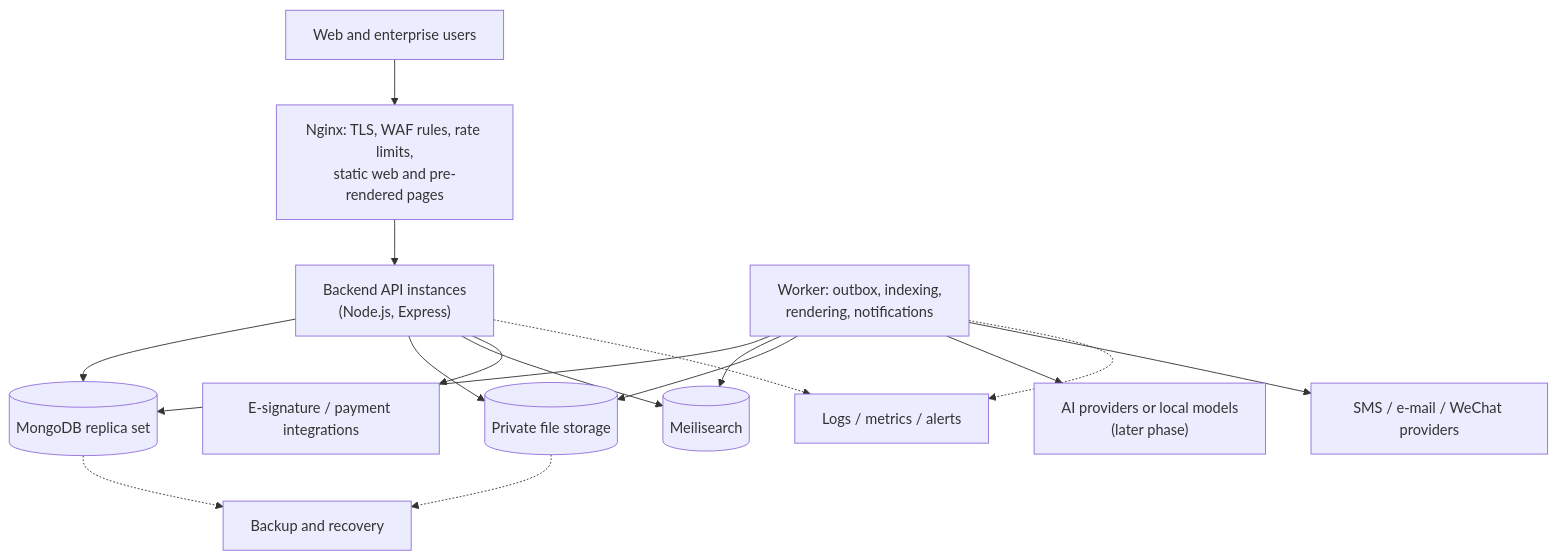
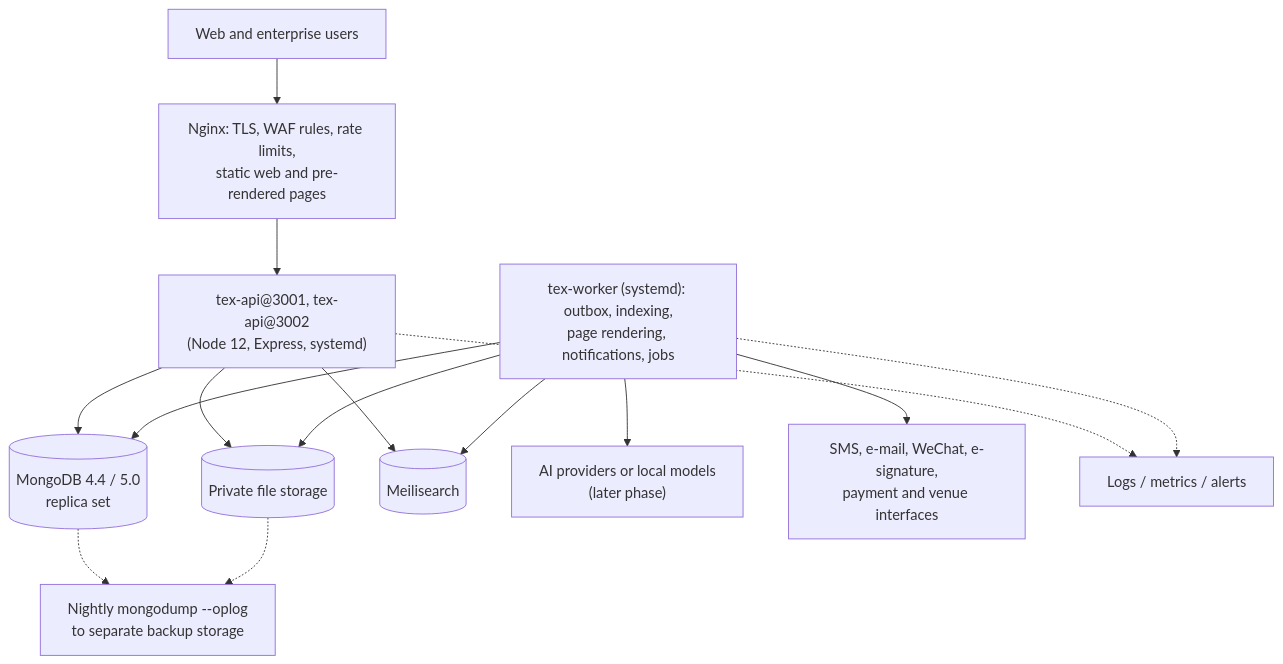
Before and after one commit to greensoft-atom/tex-platform: diagram 21 of 21 in 05-system-design-blueprint.md, drawn with Mermaid. The commit also changed other lines of this file and 615 other files, not shown here.

````diff
--- a/05-system-design-blueprint.md
+++ b/05-system-design-blueprint.md
@@ -1512,18 +1664,17 @@
 ```mermaid
 flowchart TB
     U["Web and enterprise users"] --> EDGE["Nginx: TLS, WAF rules, rate limits,<br/>static web and pre-rendered pages"]
-    EDGE --> BE["Backend API instances<br/>(Node.js, Express)"]
-    BE --> DB[("MongoDB replica set")]
+    EDGE --> BE["tex-api@3001, tex-api@3002<br/>(Node 12, Express, systemd)"]
+    BE --> DB[("MongoDB 4.4 / 5.0<br/>replica set")]
     BE --> OS[("Private file storage")]
     BE --> SI[("Meilisearch")]
-    WK["Worker: outbox, indexing,<br/>rendering, notifications"] --> DB
+    WK["tex-worker (systemd): outbox, indexing,<br/>page rendering, notifications, jobs"] --> DB
     WK --> SI
     WK --> OS
     WK --> AI["AI providers or local models<br/>(later phase)"]
-    WK --> EM["SMS / e-mail / WeChat providers"]
-    BE --> INT["E-signature / payment integrations"]
+    WK --> EXT["SMS, e-mail, WeChat, e-signature,<br/>payment and venue interfaces"]
     BE -.-> OBS["Logs / metrics / alerts"]
     WK -.-> OBS
-    DB -.-> BK["Backup and recovery"]
+    DB -.-> BK["Nightly mongodump --oplog<br/>to separate backup storage"]
     OS -.-> BK
 ```
````
